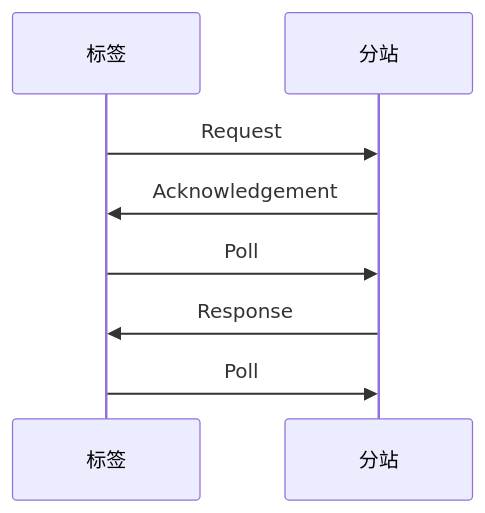
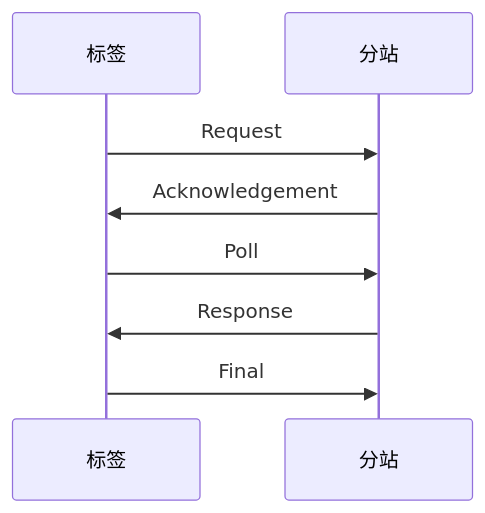
Before and after one commit to geek-zhao/iodraw-files: the diagram in all/未命名.md, drawn with Mermaid.

Commit message:
2024-08-17 13:56:21 update

````diff
--- a/all/未命名.md
+++ b/all/未命名.md
@@ -1,8 +1,8 @@
 ```mermaid
 sequenceDiagram
     标签->>分站: Request
     分站->>标签: Acknowledgement
     标签->>分站: Poll
     分站->>标签: Response
-    标签->>分站: Poll        
+    标签->>分站: Final       
 ```
````
